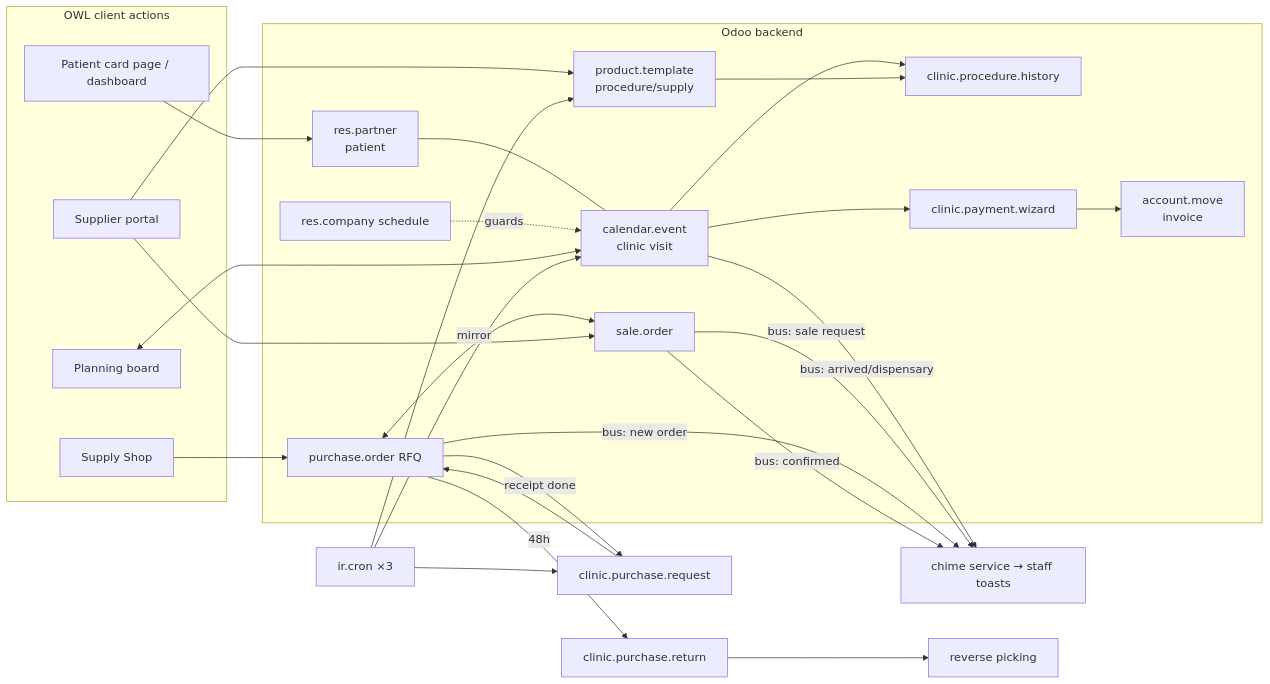
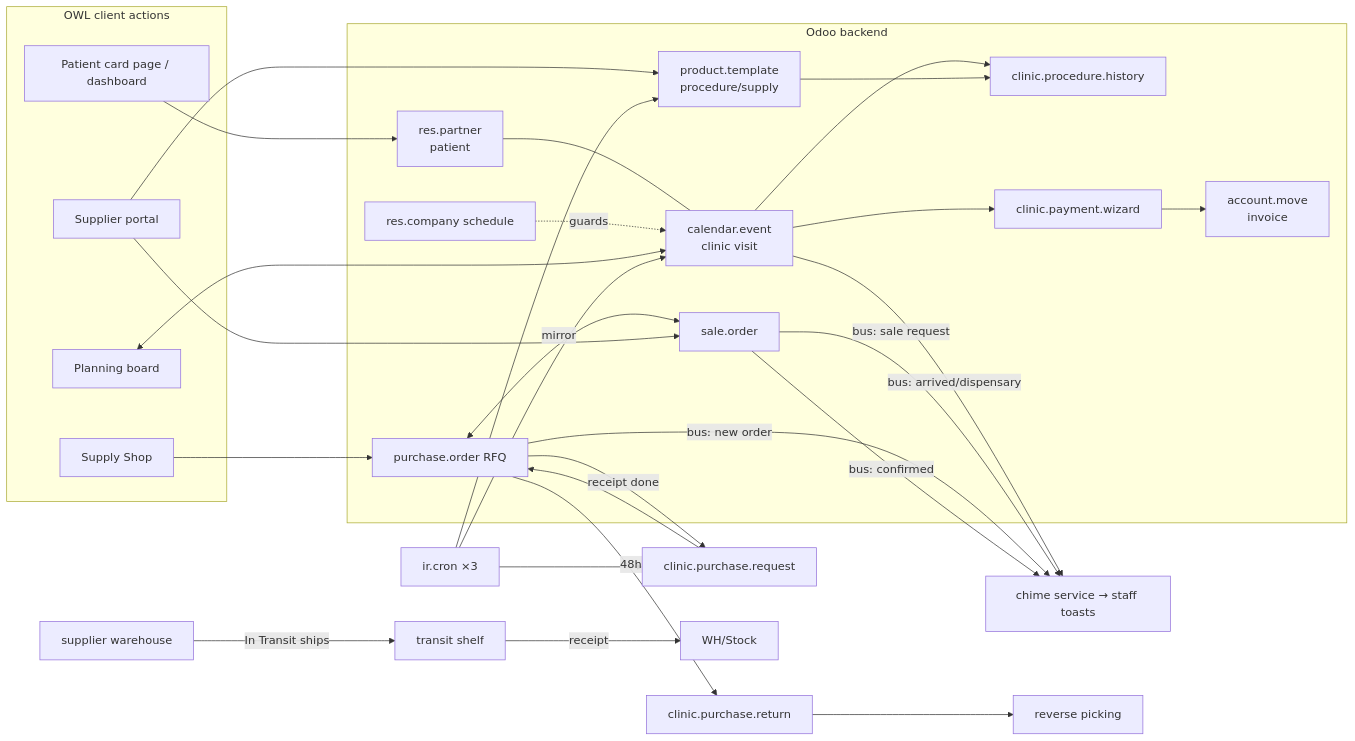
One commit to refreshg/clinic changed the diagram in docs/ARCHITECTURE.md. Above: the diagram before and after it, drawn with Mermaid. The commit also changed other lines of this file and 6 other files, not shown here.

````diff
--- a/docs/ARCHITECTURE.md
+++ b/docs/ARCHITECTURE.md
@@ -29,26 +30,27 @@
 ```mermaid
 flowchart LR
   subgraph Backend[Odoo backend]
     RP[res.partner<br/>patient] --- CE[calendar.event<br/>clinic visit]
     CE --> PH[clinic.procedure.history]
     CE --> PW[clinic.payment.wizard] --> AM[account.move<br/>invoice]
     CO[res.company schedule] -. guards .-> CE
     PT[product.template<br/>procedure/supply] --> PH
     PO[purchase.order RFQ] <-- mirror --> SO[sale.order]
   end
   subgraph OWL[OWL client actions]
     PB[Planning board] <--> CE
     SS[Supply Shop] --> PO
     SP[Supplier portal] --> PT
     SP --> SO
     PCP[Patient card page / dashboard] --> RP
   end
   CE -- bus: arrived/dispensary --> CH[chime service → staff toasts]
   SO -- bus: sale request --> CH
   PO -- bus: new order --> CH
   SO -- bus: confirmed --> CH
   PRQ[clinic.purchase.request] --> PO
   PO -- 48h --> RET[clinic.purchase.return] --> ST[reverse picking]
+  SUP[supplier warehouse] -- In Transit ships --> TR[transit shelf] -- receipt --> WH2[WH/Stock]
   PO -- receipt done --> PRQ
   CRON[ir.cron ×3] --> CE & PT & PRQ
 ```
````
